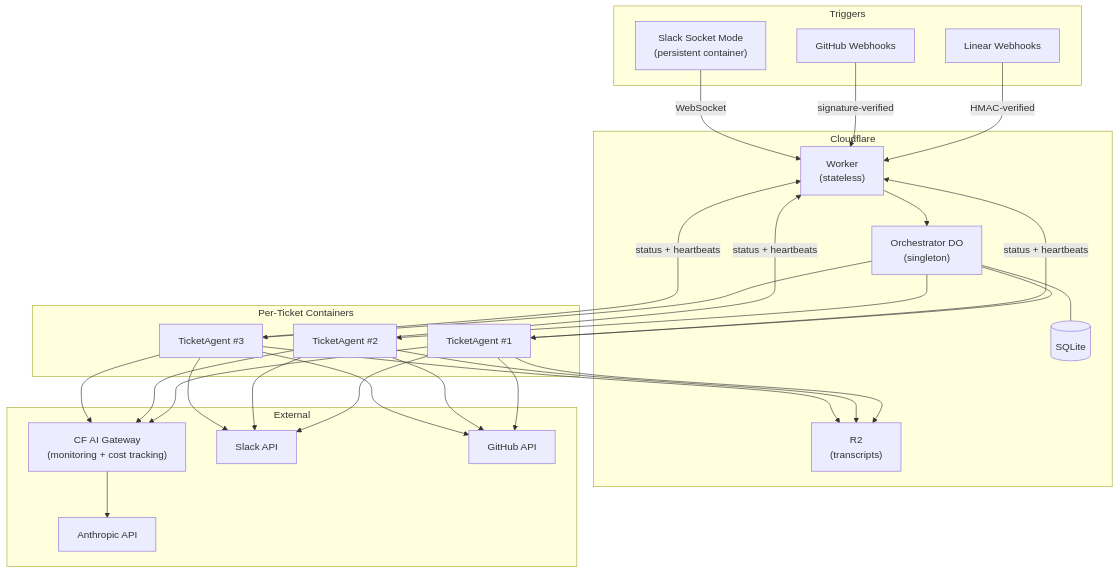
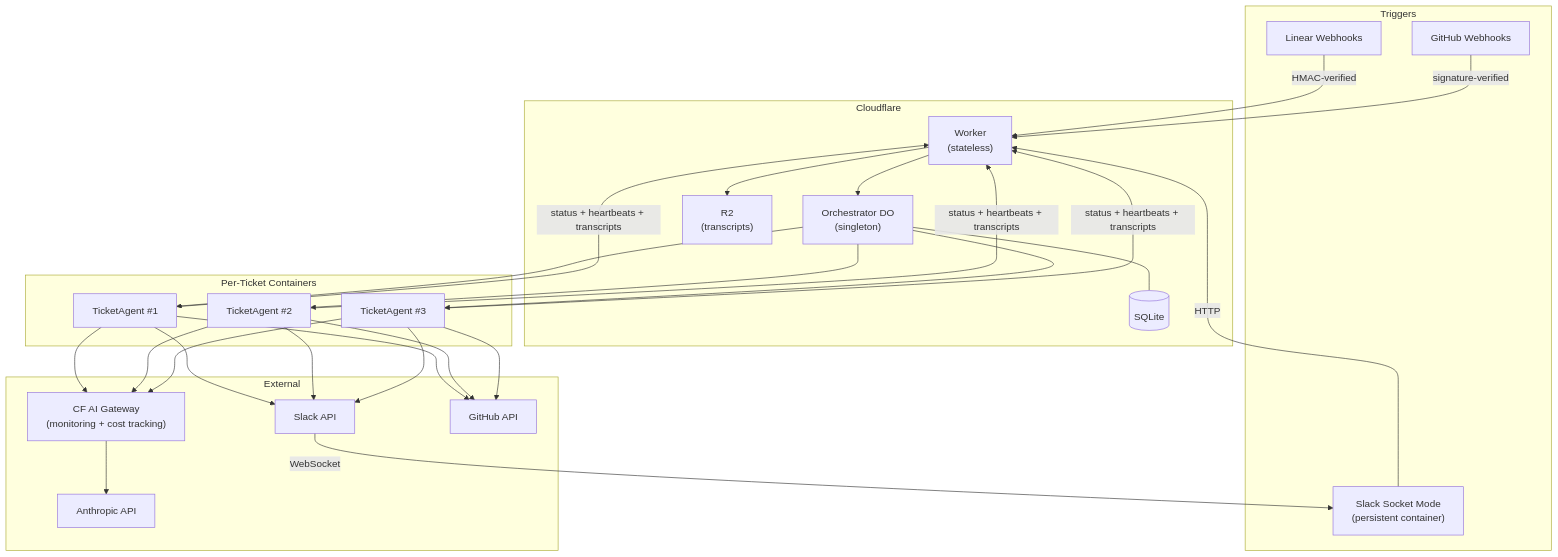
Before and after one commit to fryanpan/product-engineer: the diagram in README.md, drawn with Mermaid. The commit also changed other lines of this file, not shown here.

Commit message:
Fix architecture diagram accuracy per code review
- Slack flow: show WebSocket from Slack API to Socket Mode container,
  then HTTP forward to Worker (not direct WebSocket to Worker)
- R2 flow: transcripts go through Worker's /api/internal/upload-transcript
  endpoint, not directly from agents to R2
- Concurrency: "up to 10" matches wrangler.toml max_instances, not "dozens"

````diff
--- a/README.md
+++ b/README.md
@@ -24,42 +24,44 @@
 ```mermaid
 graph TD
     subgraph Triggers
         Linear["Linear Webhooks"]
         GitHub["GitHub Webhooks"]
         Slack["Slack Socket Mode\n(persistent container)"]
     end
 
     subgraph Cloudflare
         Worker["Worker\n(stateless)"]
         Orch["Orchestrator DO\n(singleton)"]
         DB[("SQLite")]
         R2["R2\n(transcripts)"]
     end
 
     subgraph Per-Ticket Containers
         TA1["TicketAgent #1"]
         TA2["TicketAgent #2"]
         TA3["TicketAgent #3"]
     end
 
     subgraph External
         Gateway["CF AI Gateway\n(monitoring + cost tracking)"]
         Anthropic["Anthropic API"]
         SlackAPI["Slack API"]
         GitHubAPI["GitHub API"]
     end
 
     Linear -->|HMAC-verified| Worker
     GitHub -->|signature-verified| Worker
-    Slack -->|WebSocket| Worker
+    SlackAPI -->|WebSocket| Slack
+    Slack -->|HTTP| Worker
 
     Worker --> Orch
     Orch --- DB
     Orch --> TA1 & TA2 & TA3
 
-    TA1 & TA2 & TA3 -->|status + heartbeats| Worker
+    Worker --> R2
+
+    TA1 & TA2 & TA3 -->|status + heartbeats + transcripts| Worker
     TA1 & TA2 & TA3 --> Gateway --> Anthropic
-    TA1 & TA2 & TA3 --> R2
     TA1 & TA2 & TA3 --> SlackAPI
     TA1 & TA2 & TA3 --> GitHubAPI
 ```
````
